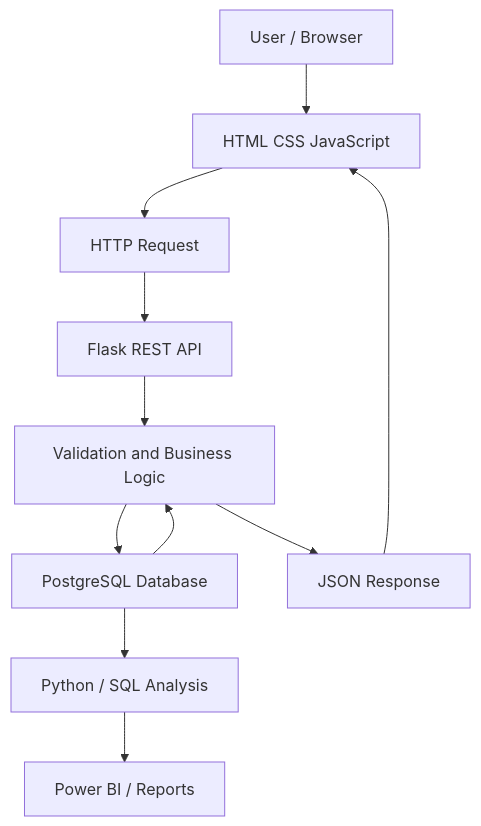
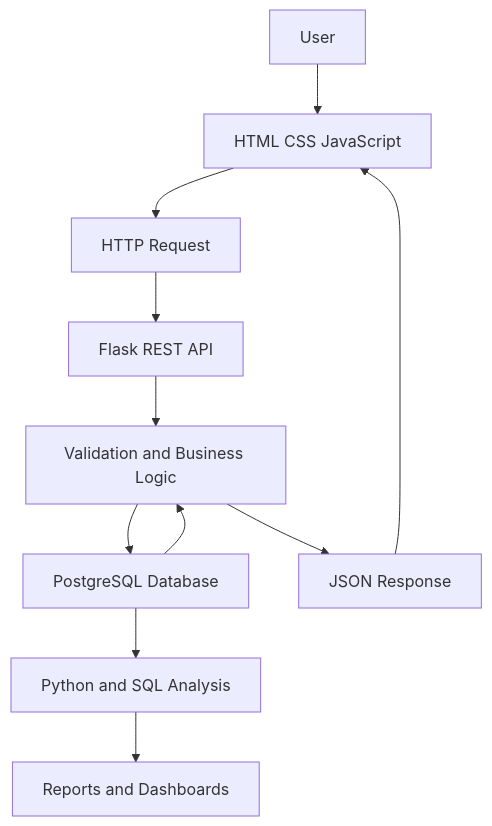
Before and after one commit to kanishkailango/kanishkailango: the first of 2 diagrams in README.md, drawn with Mermaid. The commit also changed other lines of this file, not shown here.

````diff
--- a/README.md
+++ b/README.md
@@ -412,13 +394,13 @@
 ```mermaid
 flowchart TD
-    A[User / Browser] --> B[HTML CSS JavaScript]
+    A[User] --> B[HTML CSS JavaScript]
     B --> C[HTTP Request]
     C --> D[Flask REST API]
     D --> E[Validation and Business Logic]
     E --> F[PostgreSQL Database]
     F --> E
     E --> G[JSON Response]
     G --> B
-    F --> H[Python / SQL Analysis]
-    H --> I[Power BI / Reports]
+    F --> H[Python and SQL Analysis]
+    H --> I[Reports and Dashboards]
 ```
````
